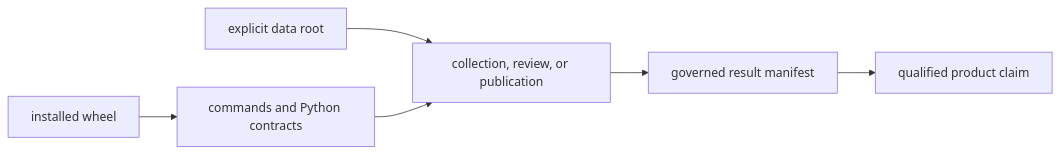
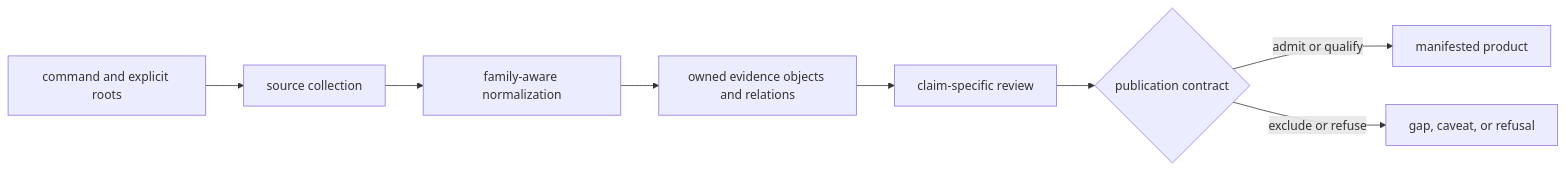
One commit to bijux/bijux-pollenomics changed the diagram in packages/bijux-pollenomics/README.md. Above: the diagram before and after it, drawn with Mermaid. The commit also changed other lines of this file and 2 other files, not shown here.

Commit message:
docs(packages): sharpen runtime alias and maintainer boundaries

````diff
--- a/packages/bijux-pollenomics/README.md
+++ b/packages/bijux-pollenomics/README.md
@@ -95,8 +74,10 @@
 ```mermaid
 flowchart LR
-    Wheel["installed wheel"] --> Runtime["commands and Python contracts"]
-    Evidence["explicit data root"] --> Operation["collection, review, or publication"]
-    Runtime --> Operation
-    Operation --> Manifest["governed result manifest"]
-    Manifest --> Claim["qualified product claim"]
+    Command["command and explicit roots"] --> Collect["source collection"]
+    Collect --> Normalize["family-aware normalization"]
+    Normalize --> Evidence["owned evidence objects and relations"]
+    Evidence --> Review["claim-specific review"]
+    Review --> Gate{"publication contract"}
+    Gate -->|admit or qualify| Product["manifested product"]
+    Gate -->|exclude or refuse| Negative["gap, caveat, or refusal"]
 ```
````
